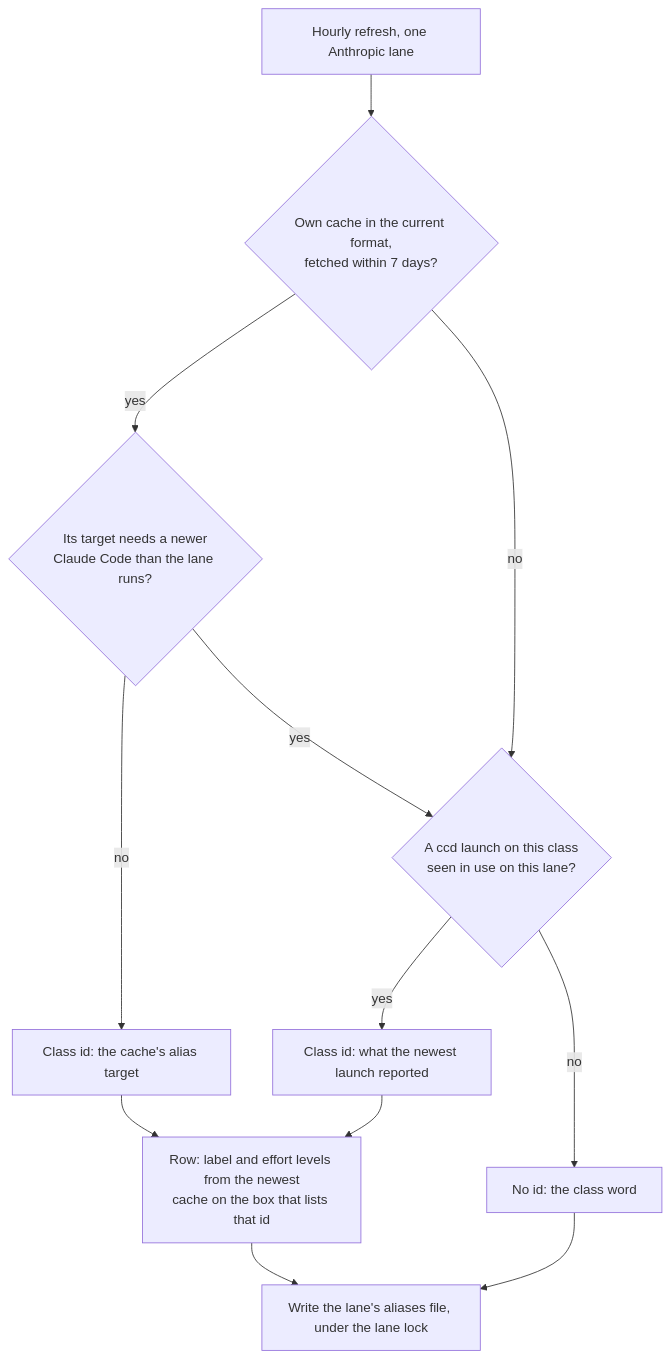
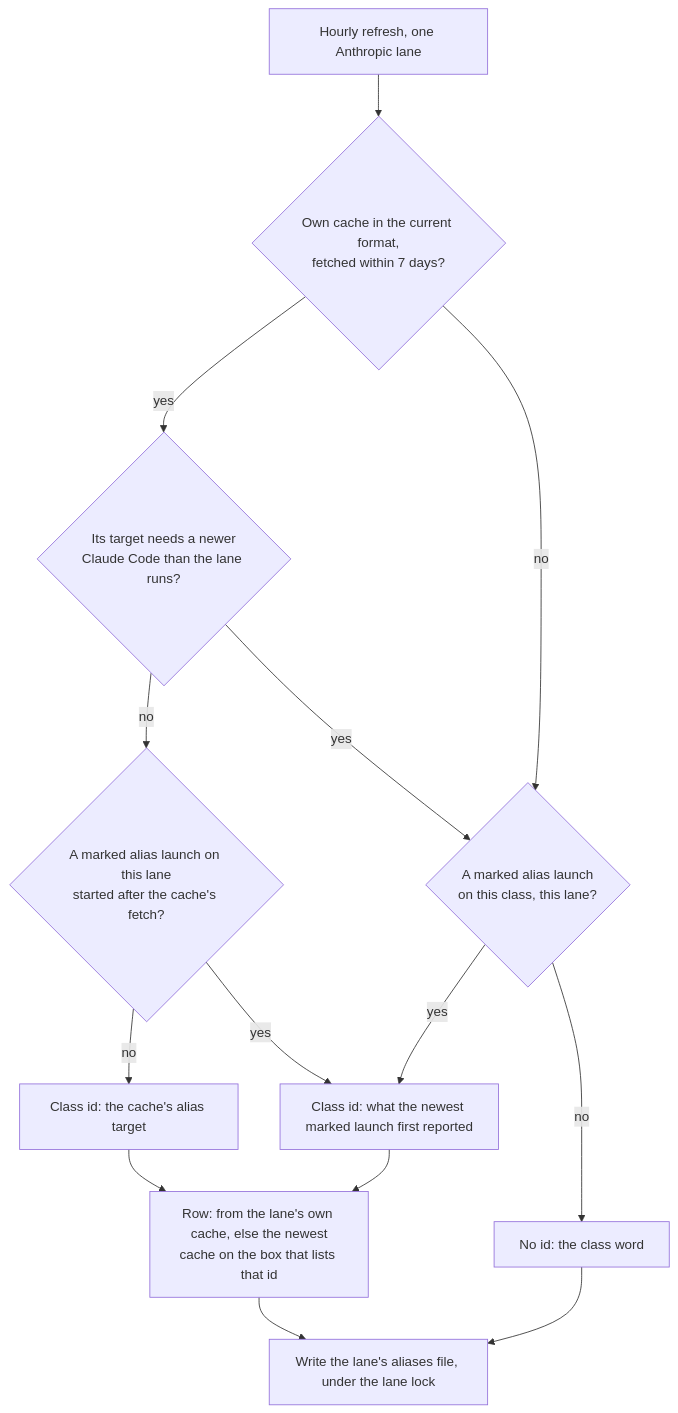
The second of 3 diagrams in docs/superpowers/specs/2026-10-13-model-class-auto-advance-design.md (Synapsium-Labs/ccrc-pwa), drawn with Mermaid before and after one commit. The commit also changed other lines of this file and 1 other file, not shown here.

````diff
--- a/docs/superpowers/specs/2026-10-13-model-class-auto-advance-design.md
+++ b/docs/superpowers/specs/2026-10-13-model-class-auto-advance-design.md
@@ -267,14 +279,16 @@
 ```mermaid
 flowchart TD
   A["Hourly refresh, one Anthropic lane"] --> B{"Own cache in the current format,<br/>fetched within 7 days?"}
   B -- "yes" --> C{"Its target needs a newer<br/>Claude Code than the lane runs?"}
-  C -- "no" --> T["Class id: the cache's alias target"]
+  C -- "no" --> L{"A marked alias launch on this lane<br/>started after the cache's fetch?"}
+  L -- "no" --> T["Class id: the cache's alias target"]
+  L -- "yes" --> U
   C -- "yes" --> O
-  B -- "no" --> O{"A ccd launch on this class<br/>seen in use on this lane?"}
-  O -- "yes" --> U["Class id: what the newest launch reported"]
+  B -- "no" --> O{"A marked alias launch<br/>on this class, this lane?"}
+  O -- "yes" --> U["Class id: what the newest marked launch first reported"]
   O -- "no" --> N["No id: the class word"]
-  T --> R["Row: label and effort levels from the newest<br/>cache on the box that lists that id"]
+  T --> R["Row: from the lane's own cache, else the newest<br/>cache on the box that lists that id"]
   U --> R
   R --> W["Write the lane's aliases file, under the lane lock"]
   N --> W
 ```
````
